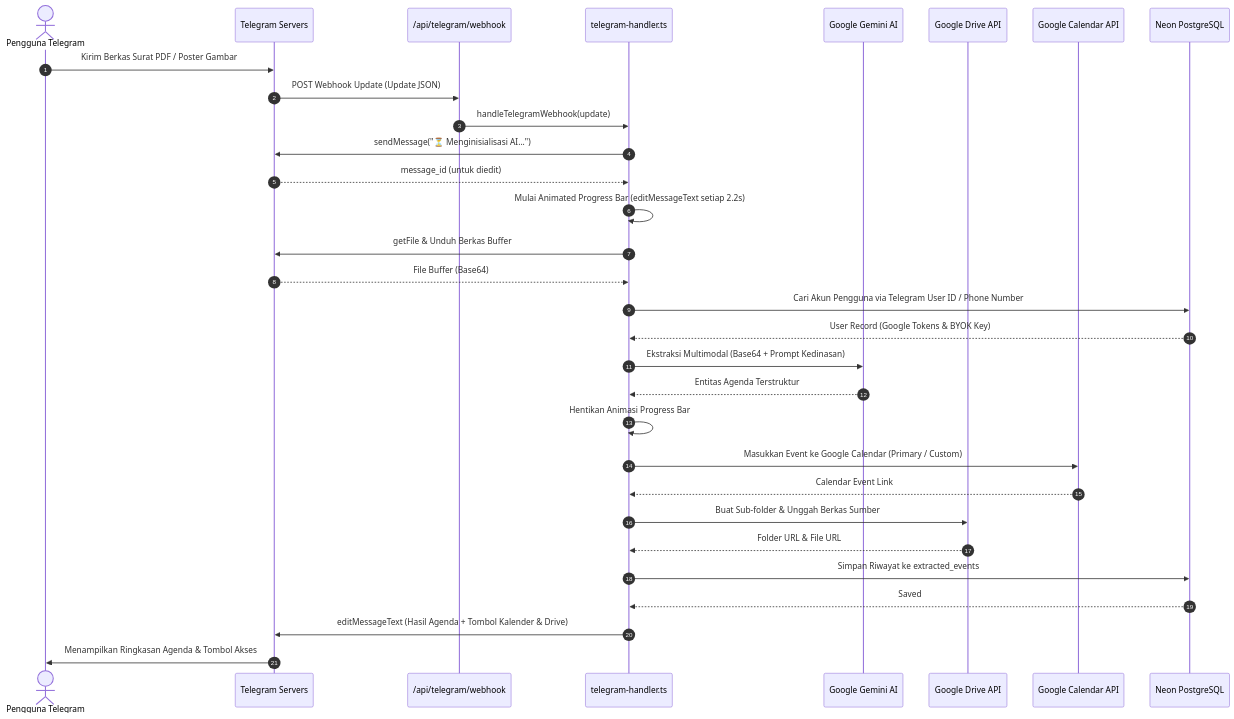
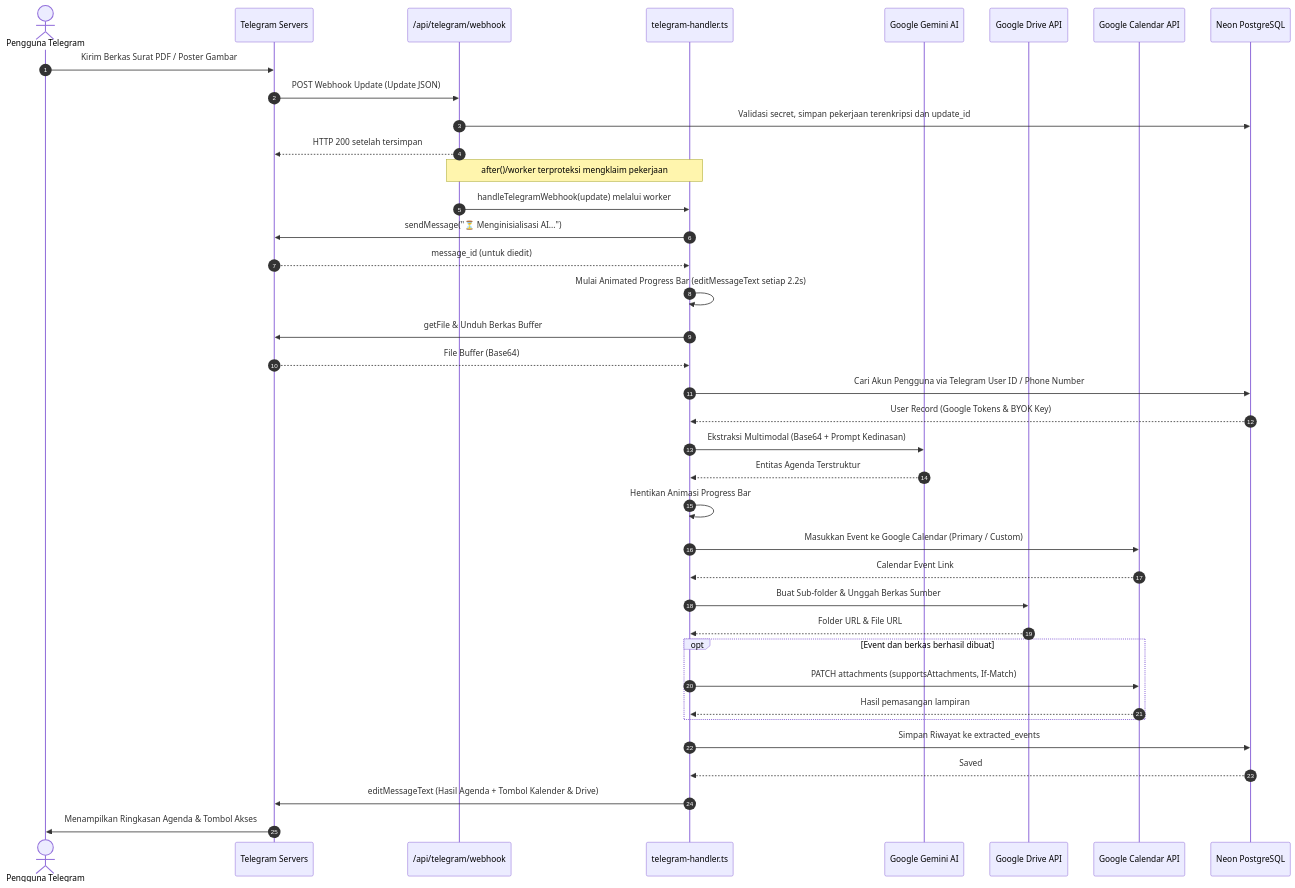
The third of 4 diagrams in Architecture.md (alfarisg34/easygooglecalendar), drawn with Mermaid before and after one commit. The commit also changed other lines of this file and 67 other files, not shown here.

Commit message:
Release v1.3.0: secure Telegram workflows and Calendar attachments

````diff
--- a/Architecture.md
+++ b/Architecture.md
@@ -267,43 +295,50 @@
 ```mermaid
 sequenceDiagram
     autonumber
     actor TGUser as Pengguna Telegram
     participant Telegram as Telegram Servers
     participant Webhook as /api/telegram/webhook
     participant Handler as telegram-handler.ts
     participant Gemini as Google Gemini AI
     participant Drive as Google Drive API
     participant Cal as Google Calendar API
     participant DB as Neon PostgreSQL
 
     TGUser->>Telegram: Kirim Berkas Surat PDF / Poster Gambar
     Telegram->>Webhook: POST Webhook Update (Update JSON)
-    Webhook->>Handler: handleTelegramWebhook(update)
+    Webhook->>DB: Validasi secret, simpan pekerjaan terenkripsi dan update_id
+    Webhook-->>Telegram: HTTP 200 setelah tersimpan
+    Note over Webhook,Handler: after()/worker terproteksi mengklaim pekerjaan
+    Webhook->>Handler: handleTelegramWebhook(update) melalui worker
     
     Handler->>Telegram: sendMessage("⏳ Menginisialisasi AI...")
     Telegram-->>Handler: message_id (untuk diedit)
     Handler->>Handler: Mulai Animated Progress Bar (editMessageText setiap 2.2s)
     
     Handler->>Telegram: getFile & Unduh Berkas Buffer
     Telegram-->>Handler: File Buffer (Base64)
     
     Handler->>DB: Cari Akun Pengguna via Telegram User ID / Phone Number
     DB-->>Handler: User Record (Google Tokens & BYOK Key)
     
     Handler->>Gemini: Ekstraksi Multimodal (Base64 + Prompt Kedinasan)
     Gemini-->>Handler: Entitas Agenda Terstruktur
     
     Handler->>Handler: Hentikan Animasi Progress Bar
     
     Handler->>Cal: Masukkan Event ke Google Calendar (Primary / Custom)
     Cal-->>Handler: Calendar Event Link
     
     Handler->>Drive: Buat Sub-folder & Unggah Berkas Sumber
     Drive-->>Handler: Folder URL & File URL
+    opt Event dan berkas berhasil dibuat
+        Handler->>Cal: PATCH attachments (supportsAttachments, If-Match)
+        Cal-->>Handler: Hasil pemasangan lampiran
+    end
     
     Handler->>DB: Simpan Riwayat ke extracted_events
     DB-->>Handler: Saved
     
     Handler->>Telegram: editMessageText (Hasil Agenda + Tombol Kalender & Drive)
     Telegram->>TGUser: Menampilkan Ringkasan Agenda & Tombol Akses
 ```
````
